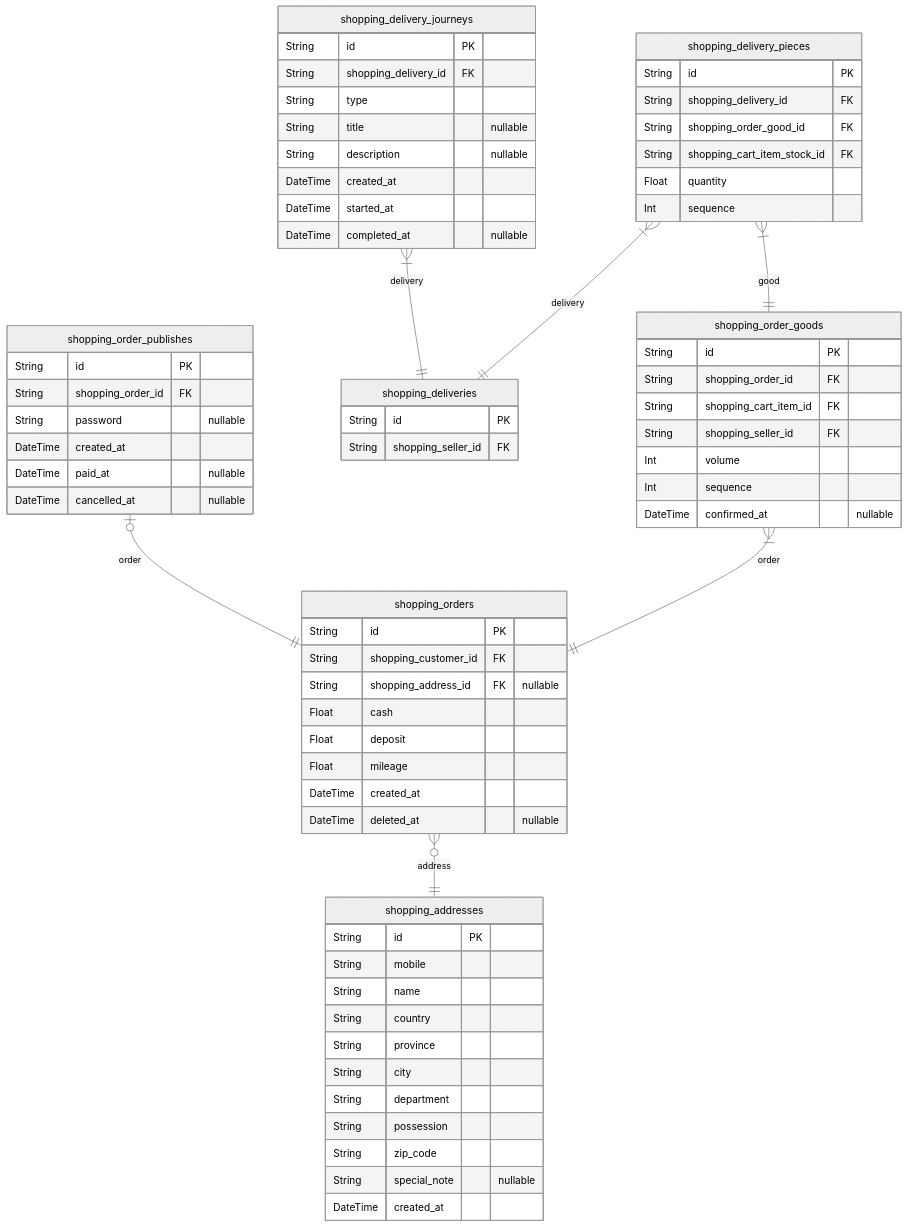
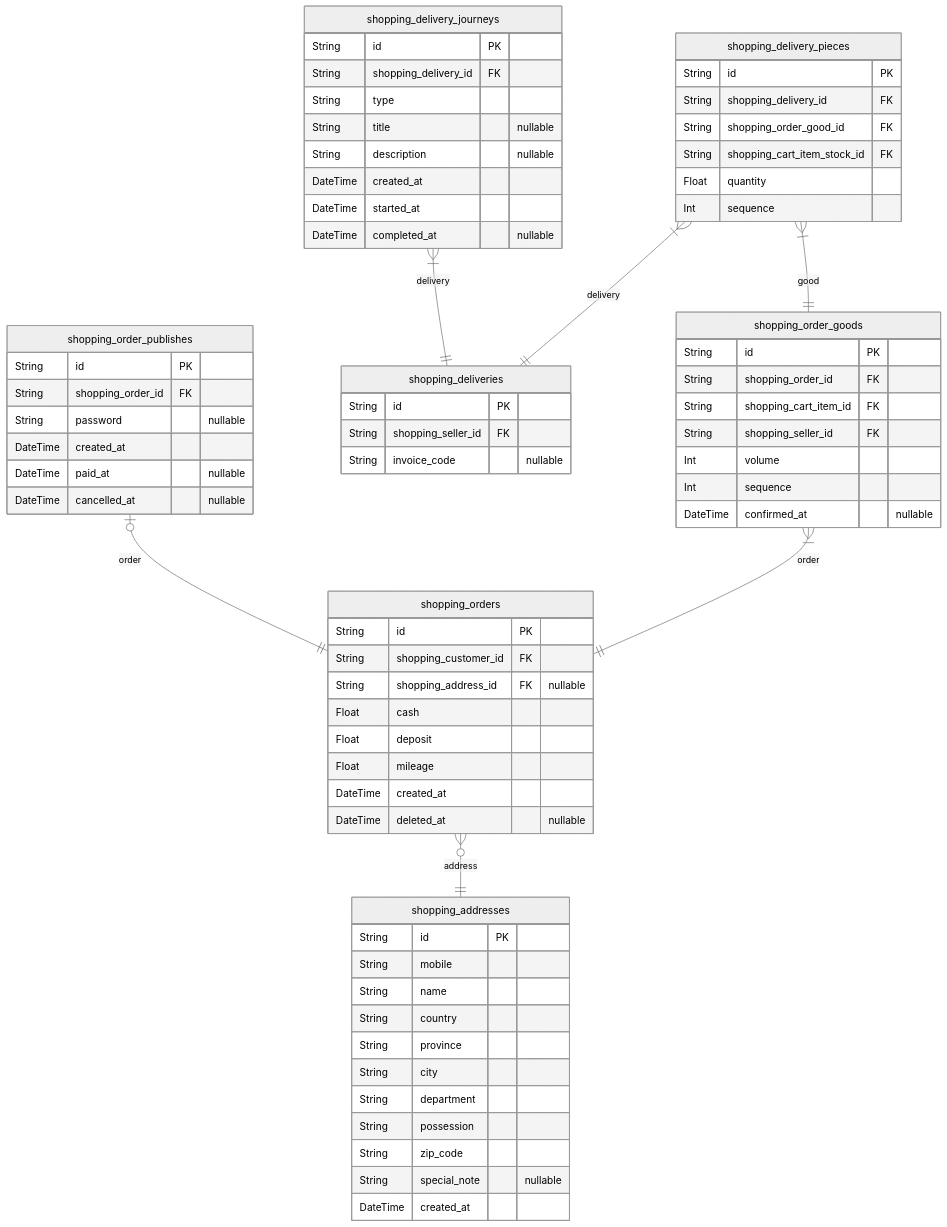
The sixth of 9 diagrams in ERD.md (samchon/prisma-markdown), drawn with Mermaid (neutral theme) before and after one commit. The commit also changed other lines of this file and 4 other files, not shown here.

````diff
--- a/ERD.md
+++ b/ERD.md
@@ -1304,71 +1307,72 @@
 ```mermaid
 erDiagram
 shopping_orders {
     String id PK
     String shopping_customer_id FK
     String shopping_address_id FK "nullable"
     Float cash
     Float deposit
     Float mileage
     DateTime created_at
     DateTime deleted_at "nullable"
 }
 shopping_order_publishes {
     String id PK
     String shopping_order_id FK
     String password "nullable"
     DateTime created_at
     DateTime paid_at "nullable"
     DateTime cancelled_at "nullable"
 }
 shopping_order_goods {
     String id PK
     String shopping_order_id FK
     String shopping_cart_item_id FK
     String shopping_seller_id FK
     Int volume
     Int sequence
     DateTime confirmed_at "nullable"
 }
 shopping_deliveries {
     String id PK
     String shopping_seller_id FK
+    String invoice_code "nullable"
 }
 shopping_delivery_journeys {
     String id PK
     String shopping_delivery_id FK
     String type
     String title "nullable"
     String description "nullable"
     DateTime created_at
     DateTime started_at
     DateTime completed_at "nullable"
 }
 shopping_delivery_pieces {
     String id PK
     String shopping_delivery_id FK
     String shopping_order_good_id FK
     String shopping_cart_item_stock_id FK
     Float quantity
     Int sequence
 }
 shopping_addresses {
     String id PK
     String mobile
     String name
     String country
     String province
     String city
     String department
     String possession
     String zip_code
     String special_note "nullable"
     DateTime created_at
 }
 shopping_orders }o--|| shopping_addresses : address
 shopping_order_publishes |o--|| shopping_orders : order
 shopping_order_goods }|--|| shopping_orders : order
 shopping_delivery_journeys }|--|| shopping_deliveries : delivery
 shopping_delivery_pieces }|--|| shopping_deliveries : delivery
 shopping_delivery_pieces }|--|| shopping_order_goods : good
 ```
````
